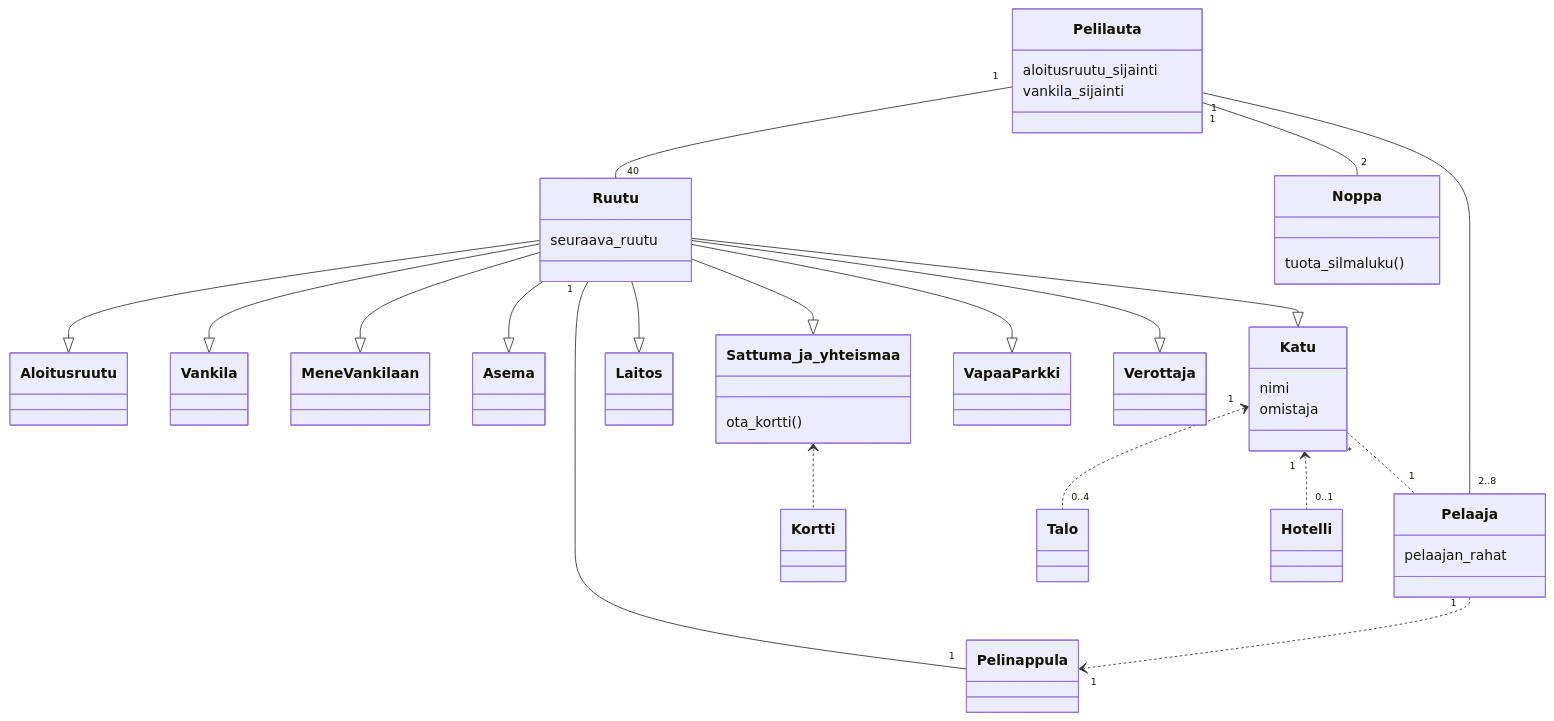
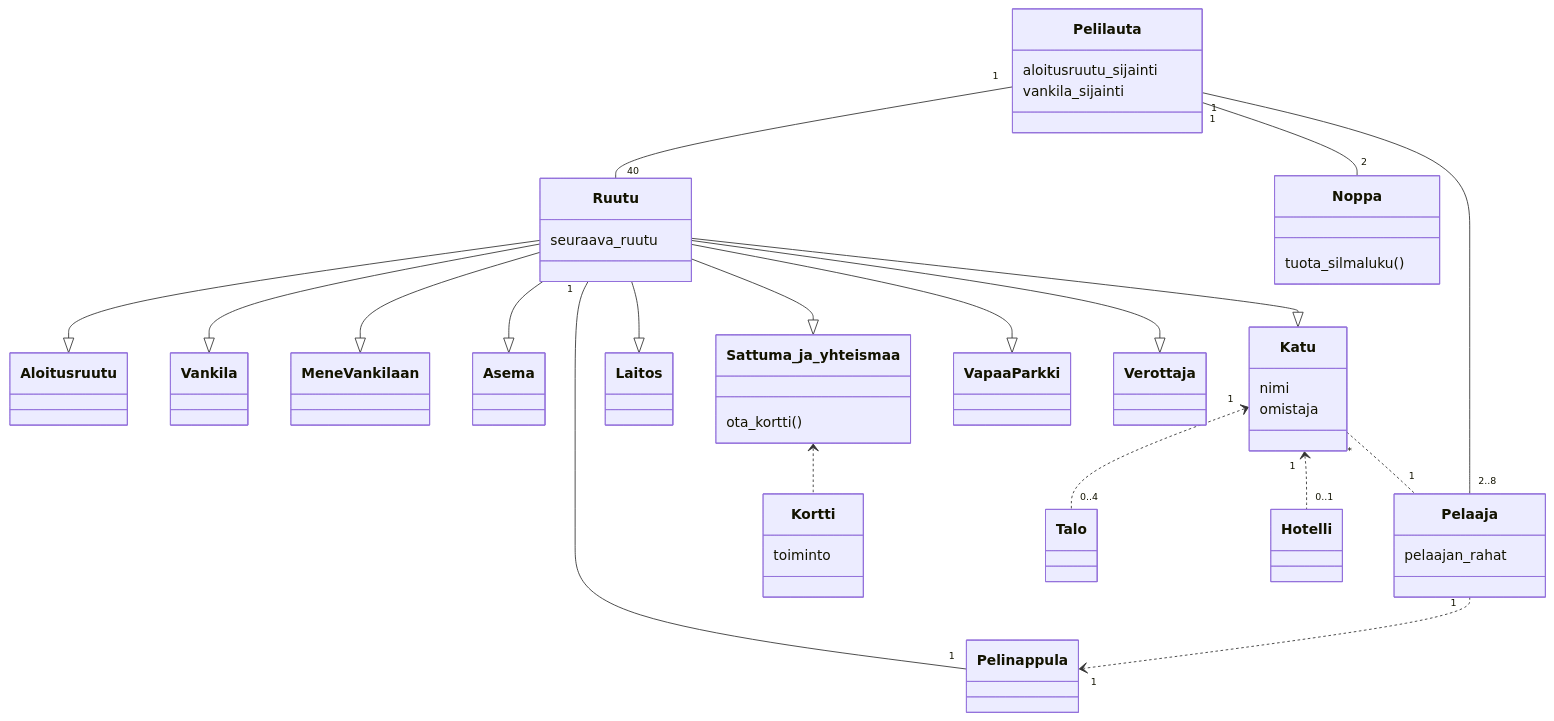
One commit to Wincewind/ot-harjoitustyo changed the diagram in laskarit/viikko3/monopoli.md. Above: the diagram before and after it, drawn with Mermaid.

````diff
--- a/laskarit/viikko3/monopoli.md
+++ b/laskarit/viikko3/monopoli.md
@@ -3,59 +3,61 @@
 ```mermaid
  classDiagram
       Ruutu --|> Aloitusruutu
       Ruutu --|> Vankila
       Ruutu --|> MeneVankilaan
       Ruutu --|> Asema
       Ruutu --|> Sattuma_ja_yhteismaa
       Ruutu --|> Laitos
       Ruutu --|> Katu
       Ruutu --|> VapaaParkki
       Ruutu --|> Verottaja
       Pelilauta "1" -- "40" Ruutu
       Pelilauta "1" -- "2" Noppa
       Pelaaja "1" ..> "1" Pelinappula
       Ruutu "1" -- "1" Pelinappula
       Pelilauta "1" -- "2..8" Pelaaja
       Sattuma_ja_yhteismaa <.. Kortti
       Katu "1" <.. "0..4" Talo
       Katu "1" <.. "0..1" Hotelli
       Katu "*" .. "1" Pelaaja
       
       class Pelilauta{
        aloitusruutu_sijainti
        vankila_sijainti
       }
       
       class Aloitusruutu      
       class Vankila
       class Sattuma_ja_yhteismaa{
        ota_kortti()
       }
       class MeneVankilaan
       class Asema
       class Laitos
       class Katu{
        nimi
        omistaja
       }
       class Verottaja
       class VapaaParkki
       
       class Pelaaja{
         pelaajan_rahat
       }
       
       class Pelinappula
       
       class Noppa{
         tuota_silmaluku()
       }
       
       class Ruutu{
         seuraava_ruutu
       }
       
-      class Kortti
+      class Kortti{
+       toiminto
+      }
       class Talo
       class Hotelli
 ```
````
